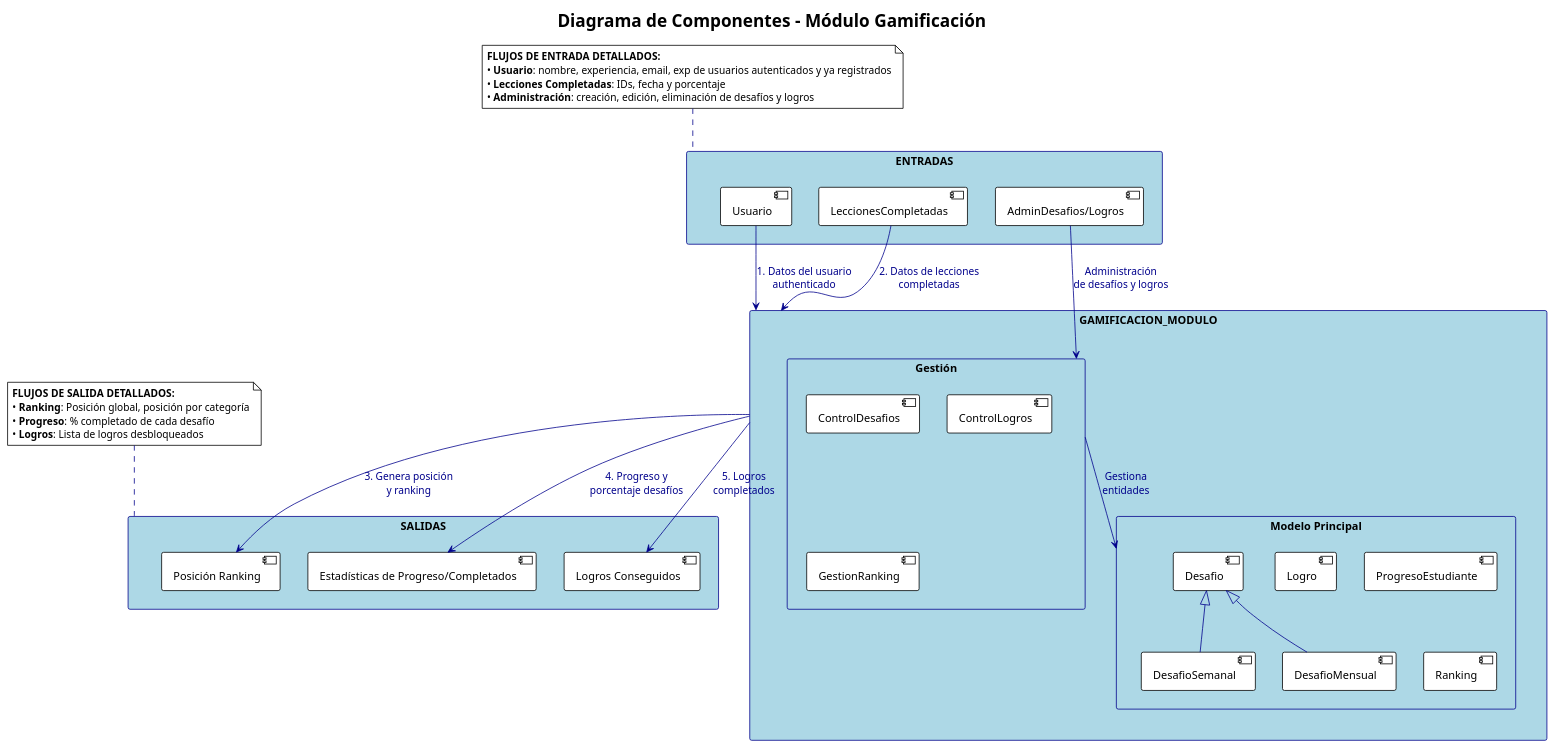
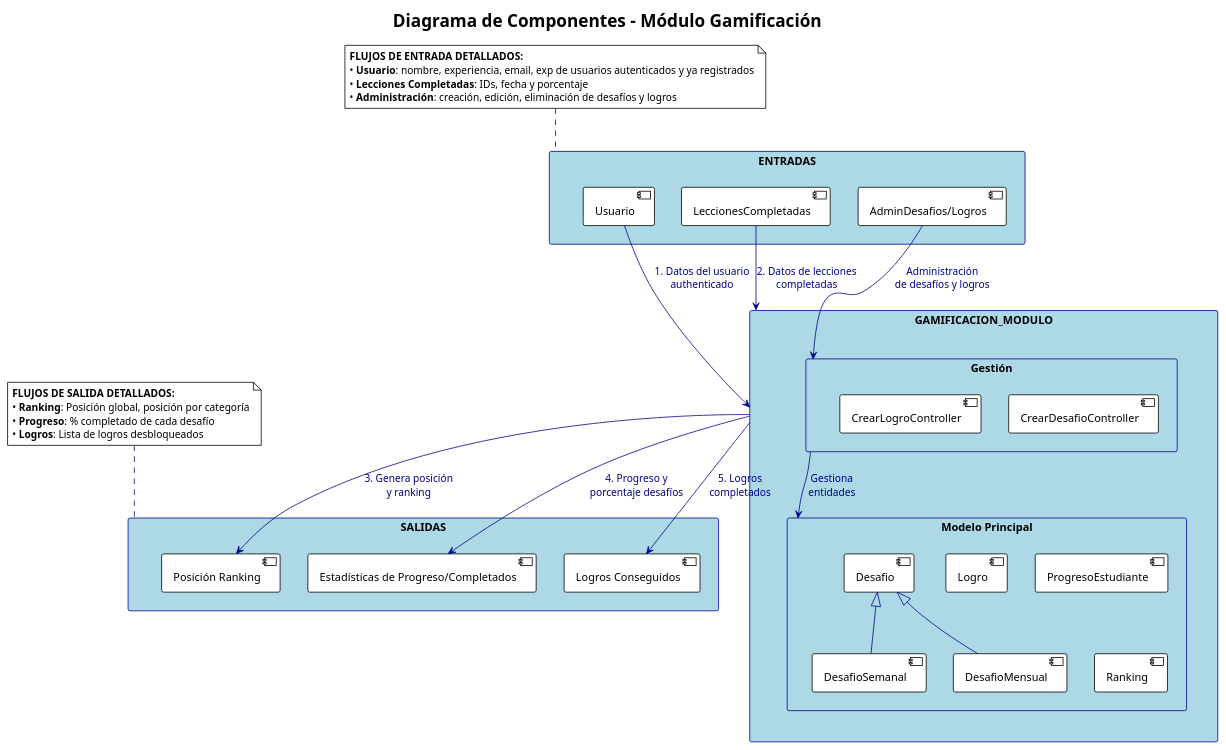
The diagram in src/main/java/Gamificacion_Modulo/Gamificación_Diagrama/Gamificacion_DiagramaComponentes.puml (FernandoHuilca/HelloCode_Software), drawn with PlantUML before and after one commit.

Commit message:
Gamificacion_DiagramaComponentes y correcion al codigo

```diff
--- a/src/main/java/Gamificacion_Modulo/Gamificación_Diagrama/Gamificacion_DiagramaComponentes.puml
+++ b/src/main/java/Gamificacion_Modulo/Gamificación_Diagrama/Gamificacion_DiagramaComponentes.puml
@@ -1,89 +1,88 @@
 @startuml Flujos_Entrada_Salida_Gamificacion
 
 !theme plain
 title Diagrama de Componentes - Módulo Gamificación
 
 skinparam rectangle {
     BackgroundColor LightBlue
     BorderColor DarkBlue
 }
 
 skinparam arrow {
     Color DarkBlue
     FontColor DarkBlue
 }
 
 ' === ENTRADAS AL MÓDULO ===
 rectangle "**ENTRADAS**" as Entradas {
   [Usuario] as UserIn
   [LeccionesCompletadas] as LessonsIn
  [AdminDesafios/Logros] as AdminIn
 }
 
 ' === NÚCLEO DEL MÓDULO GAMIFICACIÓN ===
 rectangle "**GAMIFICACION_MODULO**" as Core {
 
   rectangle "Modelo Principal" as ModeloCore {
     [Logro]
     [Desafio]
     [DesafioSemanal]
     [DesafioMensual]
     [ProgresoEstudiante]
     [Ranking]
   }
 
   rectangle "Gestión" as Gestion {
-    [ControlDesafios]
-    [ControlLogros]
-    [GestionRanking]
+    [CrearDesafioController]
+    [CrearLogroController]
   }
 
 }
 
 ' === SALIDAS DEL MÓDULO ===
 rectangle "**SALIDAS**" as Salidas {
   [Posición Ranking] as RankOut
   [Estadísticas de Progreso/Completados] as ProgressOut
   [Logros Conseguidos] as AchievementOut
 }
 
 
 ' === FLUJOS DE ENTRADA ===
 UserIn --> Core : "1. Datos del usuario\nauthenticado"
 LessonsIn --> Core : "2. Datos de lecciones\ncompletadas"
 AdminIn --> Gestion : "Administración\nde desafíos y logros"
 
 ' === FLUJOS INTERNOS ===
 Gestion --> ModeloCore : "Gestiona\nentidades"
 
 ' === FLUJOS DE SALIDA ===
 Core --> RankOut : "3. Genera posición\ny ranking"
 Core --> ProgressOut : "4. Progreso y\nporcentaje desafíos"
 Core --> AchievementOut : "5. Logros\ncompletados"
 
 ' === INTERACCIÓN CON GUI ===
 
 ' === NOTAS DETALLADAS ===
 note as N1
 **FLUJOS DE ENTRADA DETALLADOS:**
 • **Usuario**: nombre, experiencia, email, exp de usuarios autenticados y ya registrados
 • **Lecciones Completadas**: IDs, fecha y porcentaje
 • **Administración**: creación, edición, eliminación de desafíos y logros
 end note
 
 note as N2
 **FLUJOS DE SALIDA DETALLADOS:**
 • **Ranking**: Posición global, posición por categoría
 • **Progreso**: % completado de cada desafío
 • **Logros**: Lista de logros desbloqueados
 end note
 
 
 N1 .. Entradas
 N2 .. Salidas
 
 ' === HERENCIA EN MODELO PRINCIPAL ===
 [Desafio] <|-- [DesafioSemanal]
 [Desafio] <|-- [DesafioMensual]
 
 @enduml
```
